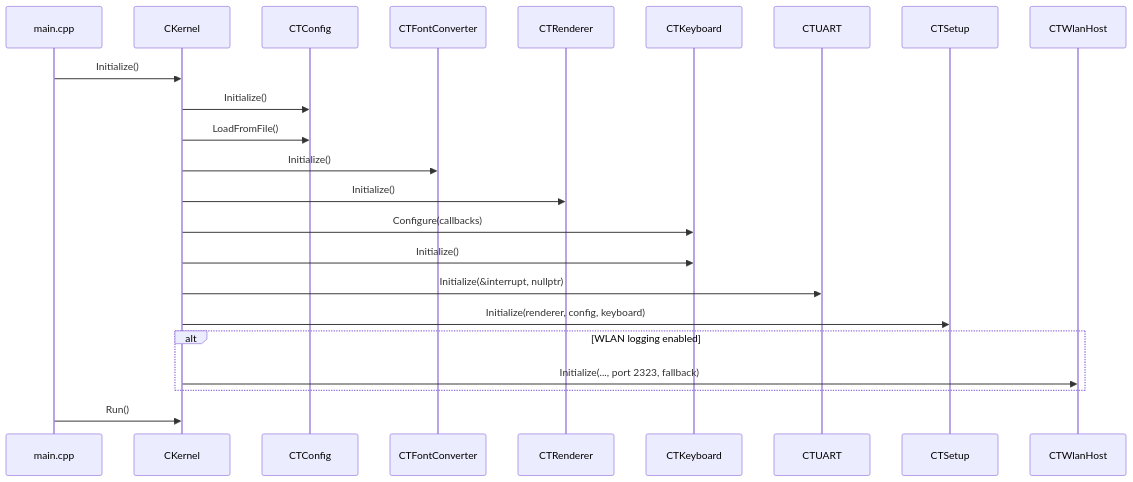
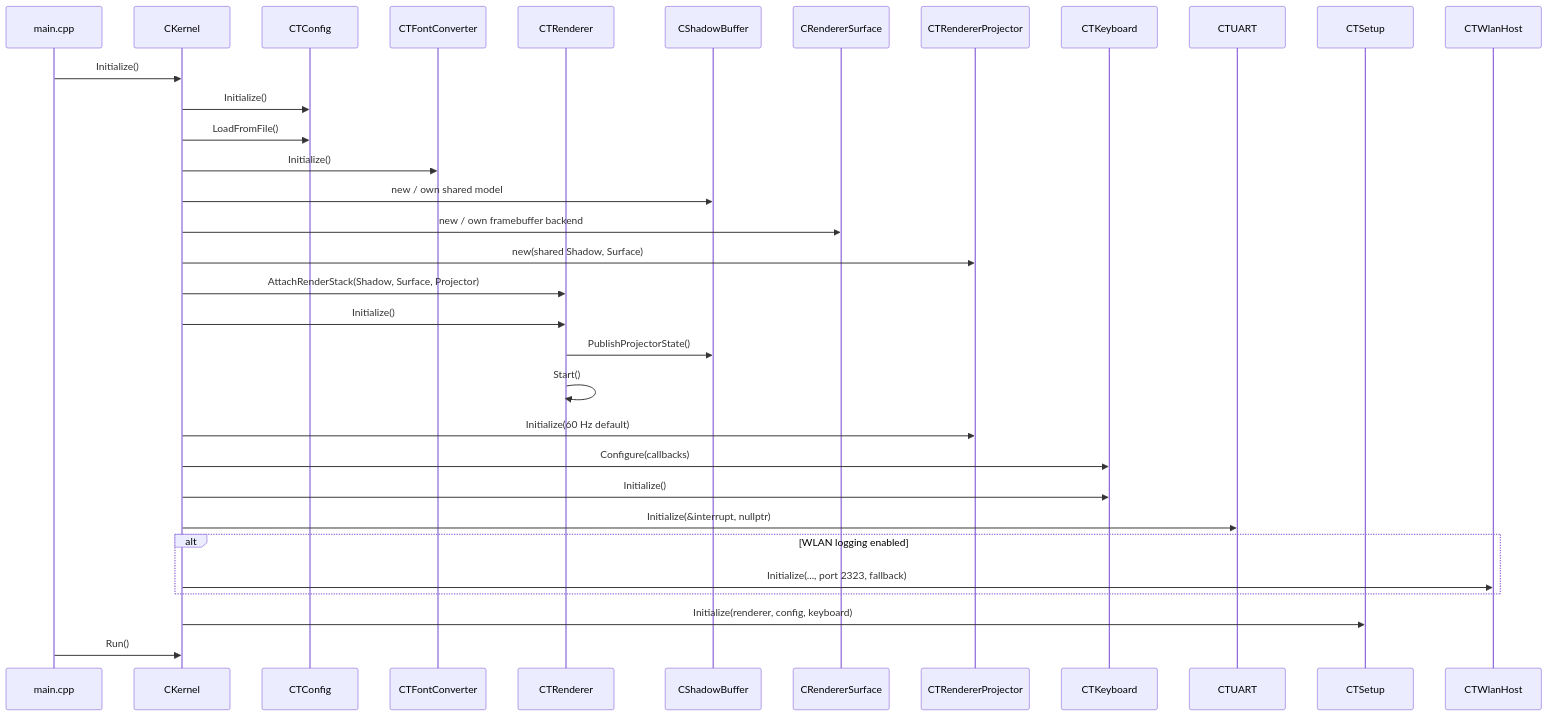
One commit to rzuehlsd/PiZero_VT100 changed the second of 4 diagrams in VT100/docs/VT100_Architecture.md. Above: the diagram before and after it, drawn with Mermaid. The commit also changed other lines of this file and 13 other files, not shown here.

First line of the commit message:
VT100: move renderer projection to kernel-owned shadow stack

````diff
--- a/VT100/docs/VT100_Architecture.md
+++ b/VT100/docs/VT100_Architecture.md
@@ -125,26 +134,36 @@
 ```mermaid
 sequenceDiagram
   participant Main as main.cpp
   participant Kernel as CKernel
   participant Config as CTConfig
   participant Font as CTFontConverter
   participant Renderer as CTRenderer
+  participant Shadow as CShadowBuffer
+  participant Surface as CRendererSurface
+  participant Projector as CTRendererProjector
   participant Keyboard as CTKeyboard
   participant UART as CTUART
   participant Setup as CTSetup
   participant Wlan as CTWlanHost
 
   Main->>Kernel: Initialize()
   Kernel->>Config: Initialize()
   Kernel->>Config: LoadFromFile()
   Kernel->>Font: Initialize()
+  Kernel->>Shadow: new / own shared model
+  Kernel->>Surface: new / own framebuffer backend
+  Kernel->>Projector: new(shared Shadow, Surface)
+  Kernel->>Renderer: AttachRenderStack(Shadow, Surface, Projector)
   Kernel->>Renderer: Initialize()
+  Renderer->>Shadow: PublishProjectorState()
+  Renderer->>Renderer: Start()
+  Kernel->>Projector: Initialize(60 Hz default)
   Kernel->>Keyboard: Configure(callbacks)
   Kernel->>Keyboard: Initialize()
   Kernel->>UART: Initialize(&interrupt, nullptr)
-  Kernel->>Setup: Initialize(renderer, config, keyboard)
   alt WLAN logging enabled
     Kernel->>Wlan: Initialize(..., port 2323, fallback)
   end
+  Kernel->>Setup: Initialize(renderer, config, keyboard)
   Main->>Kernel: Run()
 ```
````
